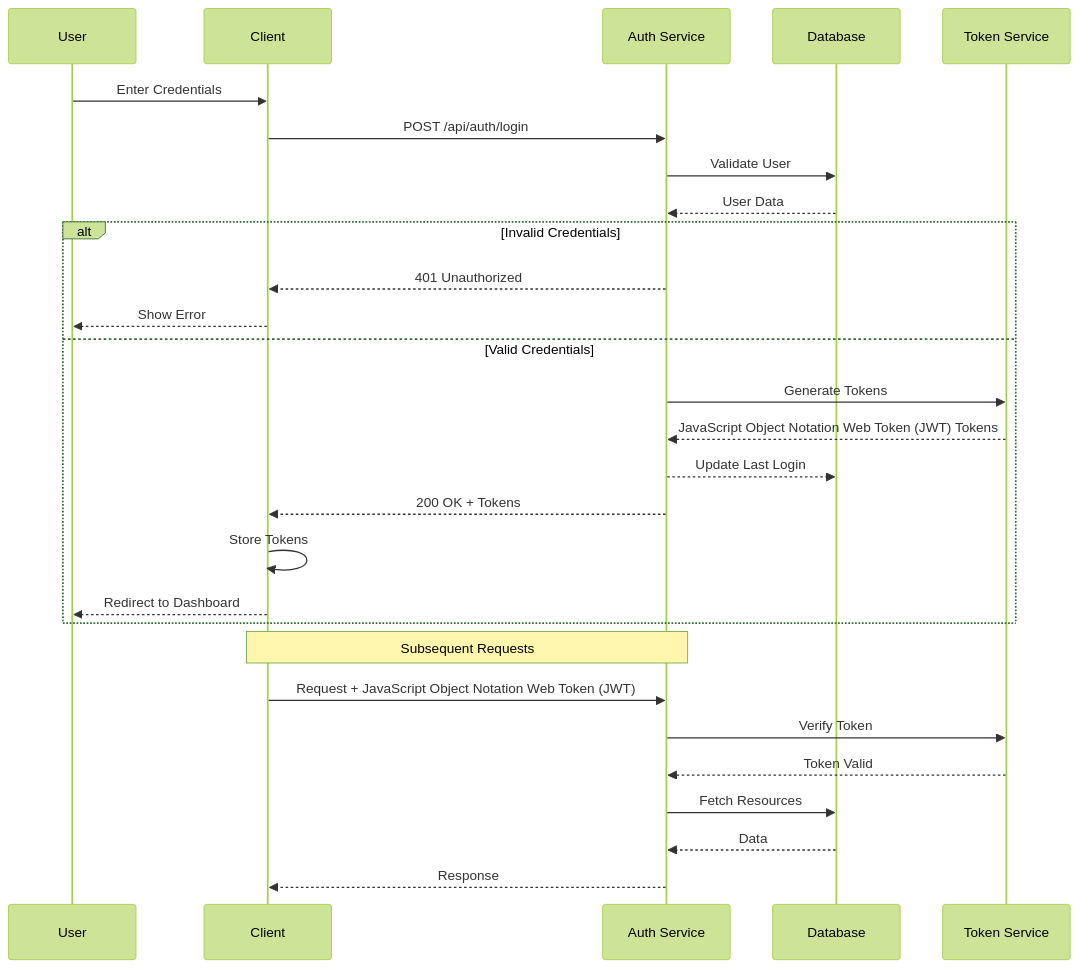
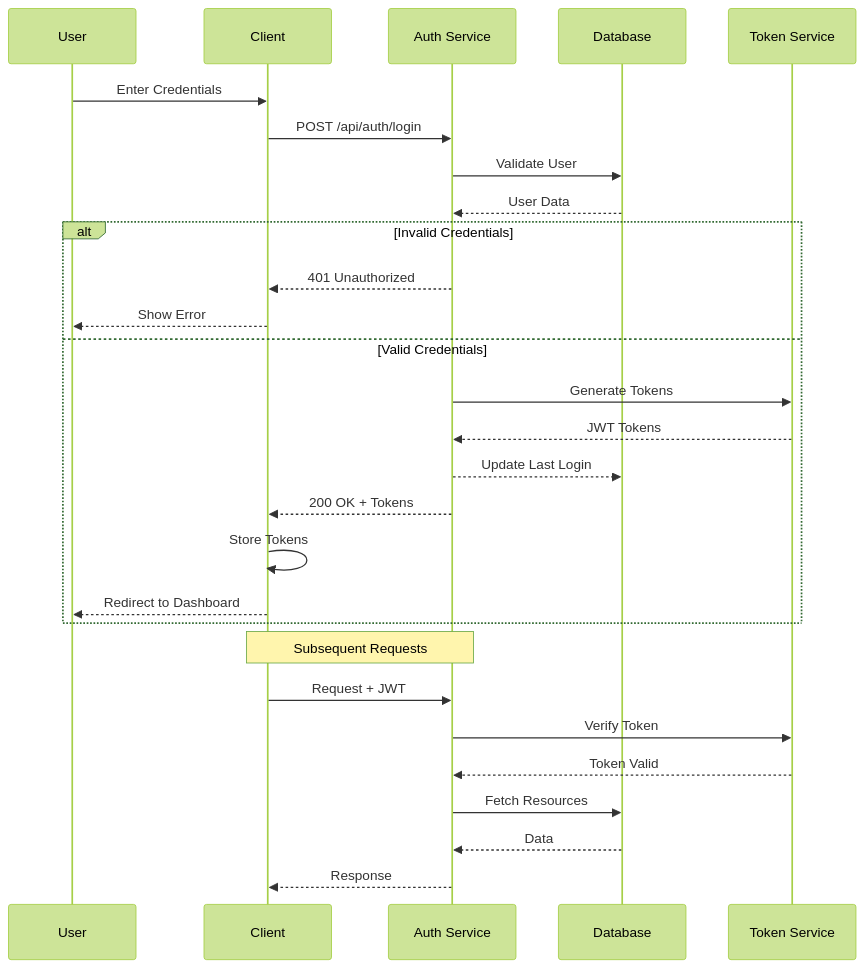
Before and after one commit to Austinkuria/attendance-system: the sixth of 9 diagrams in documentation.md, drawn with Mermaid (forest theme). The commit also changed other lines of this file, not shown here.

````diff
--- a/documentation.md
+++ b/documentation.md
@@ -1074,33 +1036,33 @@
 ```mermaid
 sequenceDiagram
     participant U as User
     participant C as Client
     participant A as Auth Service
     participant D as Database
     participant T as Token Service
     
     U->>C: Enter Credentials
     C->>A: POST /api/auth/login
     A->>D: Validate User
     D-->>A: User Data
     
     alt Invalid Credentials
         A-->>C: 401 Unauthorized
         C-->>U: Show Error
     else Valid Credentials
         A->>T: Generate Tokens
-        T-->>A: JavaScript Object Notation Web Token (JWT) Tokens
+        T-->>A: JWT Tokens
         A-->>D: Update Last Login
         A-->>C: 200 OK + Tokens
         C->>C: Store Tokens
         C-->>U: Redirect to Dashboard
     end
     
     Note over C,A: Subsequent Requests
-    C->>A: Request + JavaScript Object Notation Web Token (JWT)
+    C->>A: Request + JWT
     A->>T: Verify Token
     T-->>A: Token Valid
     A->>D: Fetch Resources
     D-->>A: Data
     A-->>C: Response
 ```
````
